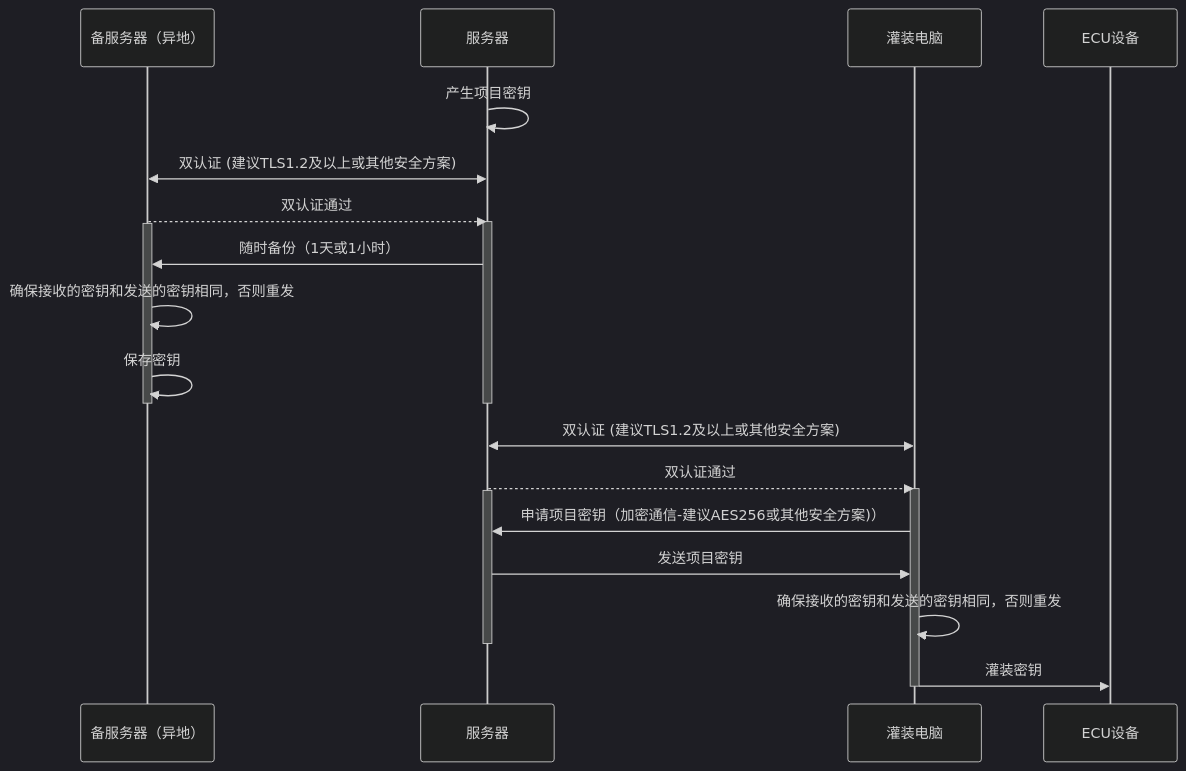
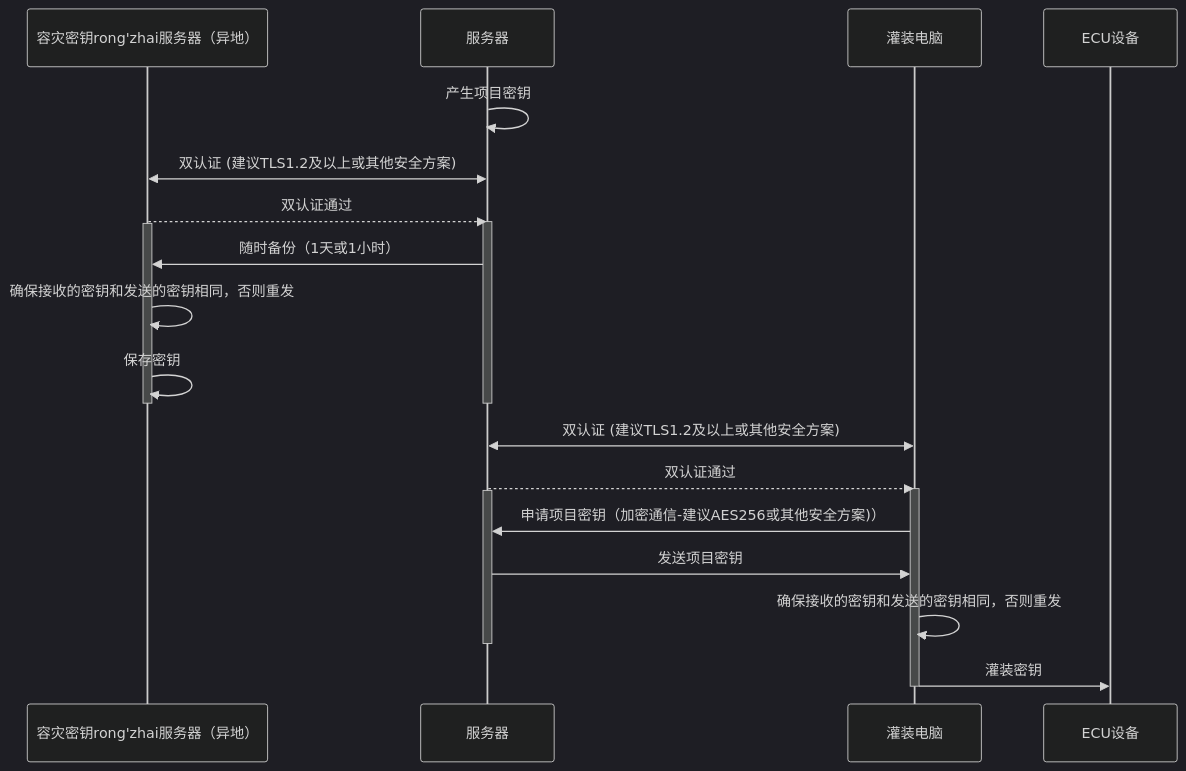
Before and after one commit to facebook-cloud/iodraw-files: the diagram in all/未命名-15.md, drawn with Mermaid (dark theme).

Commit message:
2026-02-03 16:31:42 update

````diff
--- a/all/未命名-15.md
+++ b/all/未命名-15.md
@@ -1,32 +1,32 @@
 ```mermaid
 sequenceDiagram
-    participant B as 备服务器（异地）
+    participant B as 容灾密钥rong'zhai服务器（异地）
     participant A as 服务器
     participant C as 灌装电脑
     participant D as ECU设备
 
     A->>A: 产生项目密钥
     A<<->>B: 双认证 (建议TLS1.2及以上或其他安全方案)
     B-->>A: 双认证通过
     activate A
     activate B
     A->>B: 随时备份（1天或1小时）
 
     B->>B: 确保接收的密钥和发送的密钥相同，否则重发
     B->>B: 保存密钥
     deactivate B
     deactivate A
 
     C<<->>A: 双认证 (建议TLS1.2及以上或其他安全方案)
     A-->>C: 双认证通过
     activate C
     activate A
     C->>A: 申请项目密钥（加密通信-建议AES256或其他安全方案)）
     A->>C: 发送项目密钥
 
     C->>C: 确保接收的密钥和发送的密钥相同，否则重发
     deactivate A
     C->>D: 灌装密钥
     deactivate C
 
 ```
````
